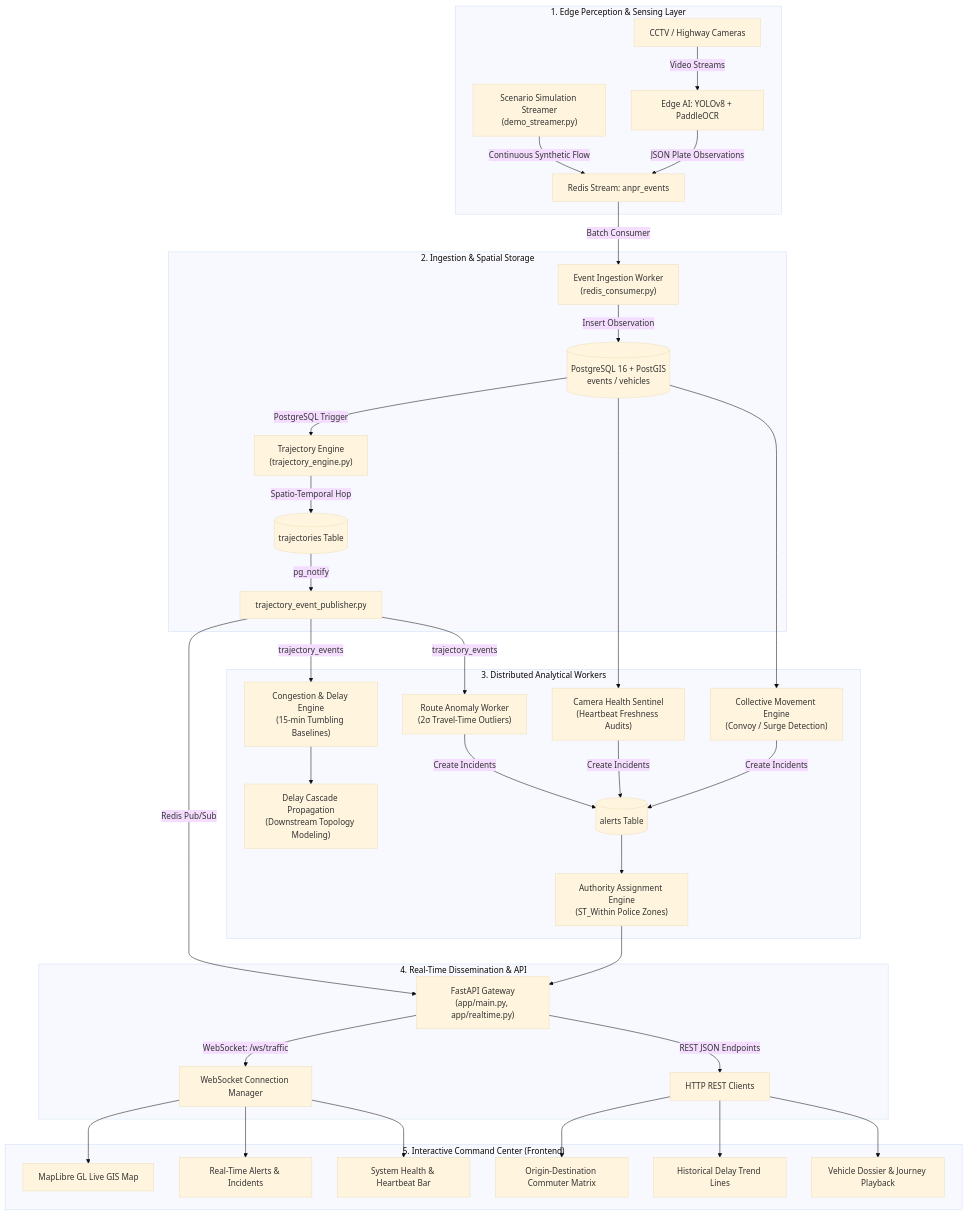
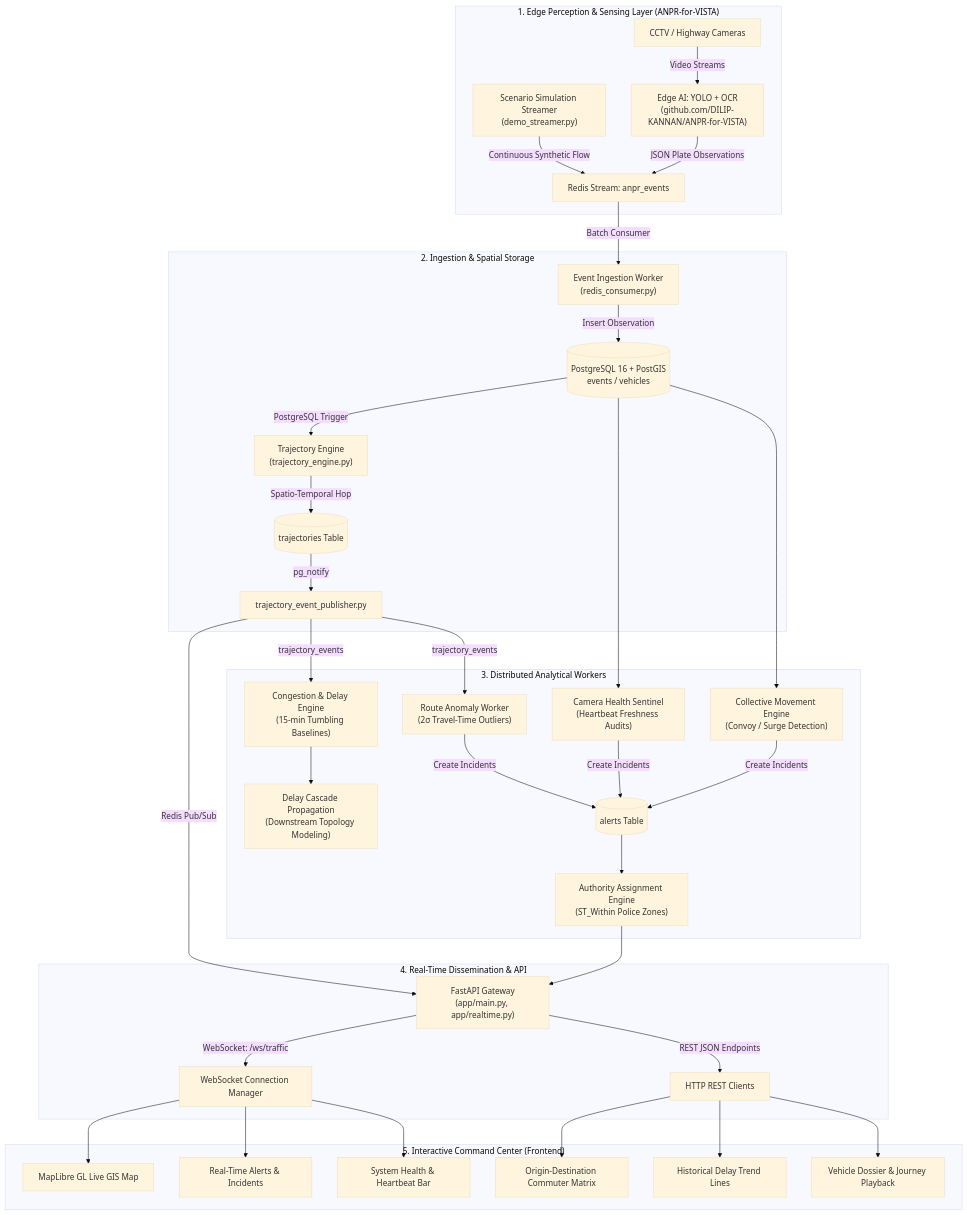
Before and after one commit to DILIP-KANNAN/Visual-Intelligence-Surviellence-and-Traffic-Analytics: the first of 4 diagrams in TECHNICAL_DESIGN.md, drawn with Mermaid (base theme). The commit also changed 2 other files, not shown here.

Commit message:
docs: link ANPR-for-VISTA edge perception repository in README and architecture specs

````diff
--- a/TECHNICAL_DESIGN.md
+++ b/TECHNICAL_DESIGN.md
@@ -23,42 +23,42 @@
 ```mermaid
 flowchart TD
-    subgraph EdgePerception["1. Edge Perception & Sensing Layer"]
-        CCTV["CCTV / Highway Cameras"] -->|Video Streams| EdgeAI["Edge AI: YOLOv8 + PaddleOCR"]
+    subgraph EdgePerception["1. Edge Perception & Sensing Layer (ANPR-for-VISTA)"]
+        CCTV["CCTV / Highway Cameras"] -->|Video Streams| EdgeAI["Edge AI: YOLO + OCR\n(github.com/DILIP-KANNAN/ANPR-for-VISTA)"]
         SimStreamer["Scenario Simulation Streamer\n(demo_streamer.py)"] -->|Continuous Synthetic Flow| RedisBus
         EdgeAI -->|JSON Plate Observations| RedisBus["Redis Stream: anpr_events"]
     end
 
     subgraph IngestionStorage["2. Ingestion & Spatial Storage"]
         RedisBus -->|Batch Consumer| IngestionWorker["Event Ingestion Worker\n(redis_consumer.py)"]
         IngestionWorker -->|Insert Observation| PG_Events[("PostgreSQL 16 + PostGIS\nevents / vehicles")]
         PG_Events -->|PostgreSQL Trigger| TrajReconstruct["Trajectory Engine\n(trajectory_engine.py)"]
         TrajReconstruct -->|Spatio-Temporal Hop| PG_Traj[("trajectories Table")]
         PG_Traj -->|pg_notify| PubSub["trajectory_event_publisher.py"]
     end
 
     subgraph AnalyticalWorkers["3. Distributed Analytical Workers"]
         PubSub -->|trajectory_events| AnomalyWorker["Route Anomaly Worker\n(2σ Travel-Time Outliers)"]
         PubSub -->|trajectory_events| CongestionEngine["Congestion & Delay Engine\n(15-min Tumbling Baselines)"]
         CongestionEngine --> PropagationEngine["Delay Cascade Propagation\n(Downstream Topology Modeling)"]
         PG_Events --> HealthWorker["Camera Health Sentinel\n(Heartbeat Freshness Audits)"]
         PG_Events --> ConvoyWorker["Collective Movement Engine\n(Convoy / Surge Detection)"]
         AnomalyWorker & HealthWorker & ConvoyWorker -->|Create Incidents| PG_Alerts[("alerts Table")]
         PG_Alerts --> AuthorityEngine["Authority Assignment Engine\n(ST_Within Police Zones)"]
     end
 
     subgraph RealtimeDissemination["4. Real-Time Dissemination & API"]
         PubSub -->|Redis Pub/Sub| FastAPIServer["FastAPI Gateway\n(app/main.py, app/realtime.py)"]
         AuthorityEngine --> FastAPIServer
         FastAPIServer -->|REST JSON Endpoints| RESTClients["HTTP REST Clients"]
         FastAPIServer -->|WebSocket: /ws/traffic| WSConn["WebSocket Connection Manager"]
     end
 
     subgraph CommandCenter["5. Interactive Command Center (Frontend)"]
         WSConn --> LiveMap["MapLibre GL Live GIS Map"]
         WSConn --> IncidentFeed["Real-Time Alerts & Incidents"]
         WSConn --> Telemetry["System Health & Heartbeat Bar"]
         RESTClients --> ODMatrix["Origin-Destination Commuter Matrix"]
         RESTClients --> CongestionCharts["Historical Delay Trend Lines"]
         RESTClients --> VehicleSearch["Vehicle Dossier & Journey Playback"]
     end
 ```
````
